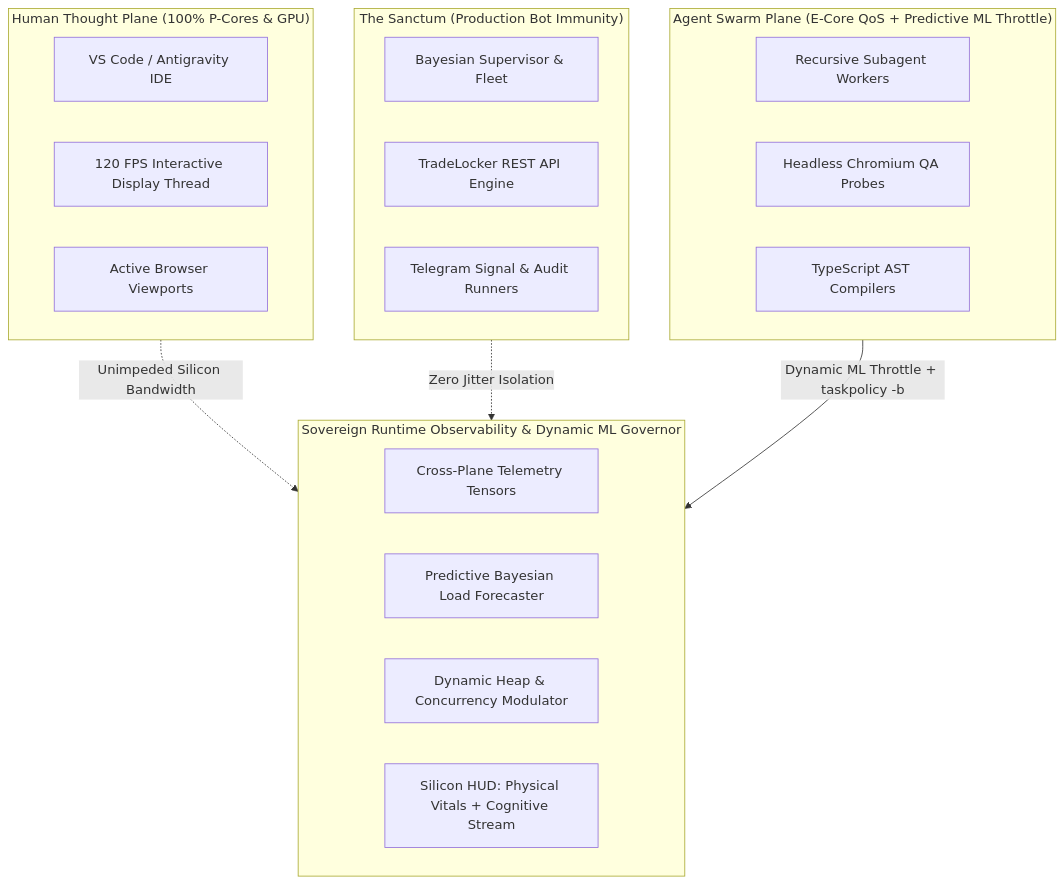
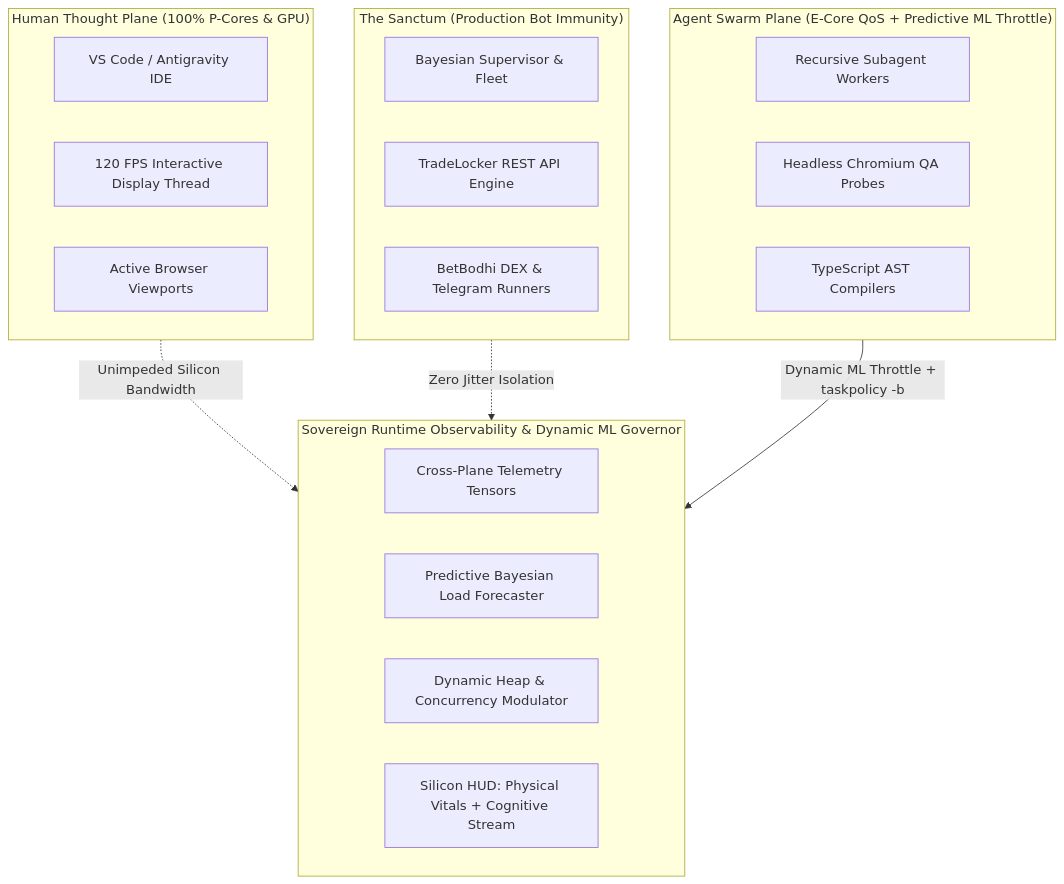
Before and after one commit to nicholasmacaskill/bayesianpivot-public: the first of 2 diagrams in README.md, drawn with Mermaid. The commit also changed other lines of this file and 385 other files, not shown here.

````diff
--- a/README.md
+++ b/README.md
@@ -290,31 +292,31 @@
 ```mermaid
 graph TD
     subgraph Human ["Human Thought Plane (100% P-Cores & GPU)"]
         H1[VS Code / Antigravity IDE]
         H2[120 FPS Interactive Display Thread]
         H3[Active Browser Viewports]
     end
 
     subgraph Sanctum ["The Sanctum (Production Bot Immunity)"]
         S1[Bayesian Supervisor & Fleet]
         S2[TradeLocker REST API Engine]
-        S3[Telegram Signal & Audit Runners]
+        S3[BetBodhi DEX & Telegram Runners]
     end
 
     subgraph Swarm ["Agent Swarm Plane (E-Core QoS + Predictive ML Throttle)"]
         A1[Recursive Subagent Workers]
         A2[Headless Chromium QA Probes]
         A3[TypeScript AST Compilers]
     end
 
     subgraph Governor ["Sovereign Runtime Observability & Dynamic ML Governor"]
         G1[Cross-Plane Telemetry Tensors]
         G2[Predictive Bayesian Load Forecaster]
         G3[Dynamic Heap & Concurrency Modulator]
         G4[Silicon HUD: Physical Vitals + Cognitive Stream]
     end
 
     Human -.->|Unimpeded Silicon Bandwidth| Governor
     Sanctum -.->|Zero Jitter Isolation| Governor
     Swarm -->|Dynamic ML Throttle + taskpolicy -b| Governor
 ```
````
